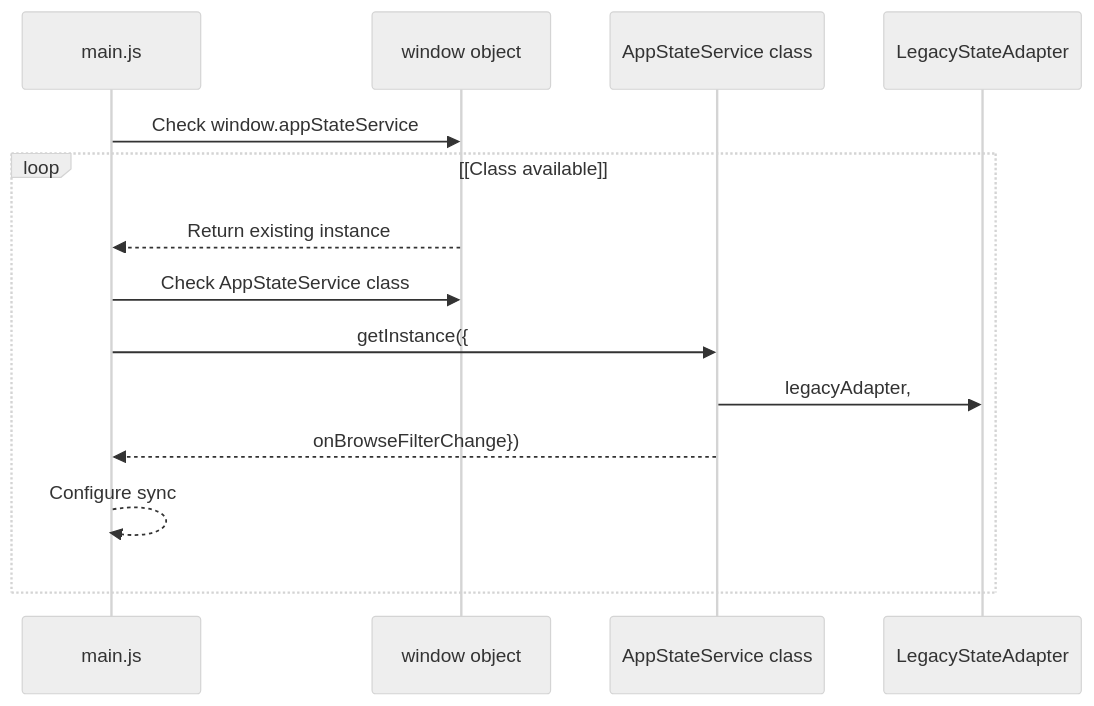
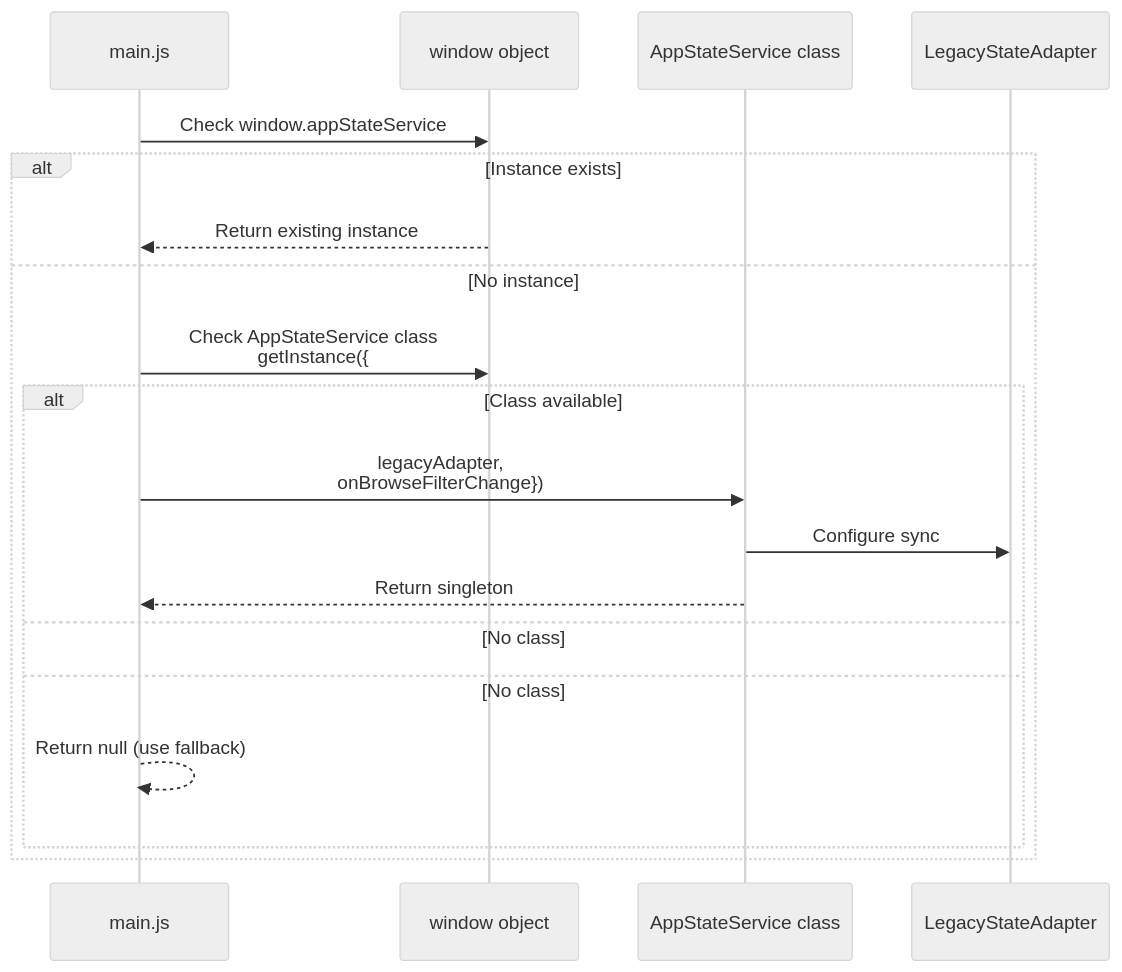
One commit to sallowayma-git/IELTS-practice changed the fourth of 7 diagrams in developer/doc/Wiki/ExamSystemApp-&-State-Management.md. Above: the diagram before and after it, drawn with Mermaid (neutral theme). The commit also changed other lines of this file and 84 other files, not shown here.

````diff
--- a/developer/doc/Wiki/ExamSystemApp-&-State-Management.md
+++ b/developer/doc/Wiki/ExamSystemApp-&-State-Management.md
@@ -378,17 +383,22 @@
 ```mermaid
 sequenceDiagram
-  participant main.js
-  participant window object
-  participant AppStateService class
-  participant LegacyStateAdapter
+  participant p1 as main.js
+  participant p2 as window object
+  participant p3 as AppStateService class
+  participant p4 as LegacyStateAdapter
 
-  main.js->>window object: Check window.appStateService
-  loop [Class available]
-    window object-->>main.js: Return existing instance
-    main.js->>window object: Check AppStateService class
-    main.js->>AppStateService class: getInstance({
-    AppStateService class->>LegacyStateAdapter: legacyAdapter,
-    AppStateService class-->>main.js: onBrowseFilterChange})
-    main.js-->>main.js: Configure sync
+  p1->>p2: Check window.appStateService
+  alt Instance exists
+    p2-->>p1: Return existing instance
+  else No instance
+    p1->>p2: Check AppStateService class<br/>getInstance({
+  alt Class available
+    p1->>p3: legacyAdapter,<br/>onBrowseFilterChange})
+    p3->>p4: Configure sync
+    p3-->>p1: Return singleton
+  else No class
+  else No class
+    p1-->>p1: Return null (use fallback)
+  end
   end
 ```
````
